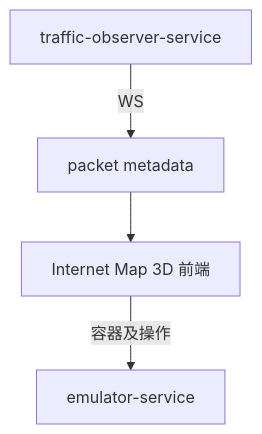
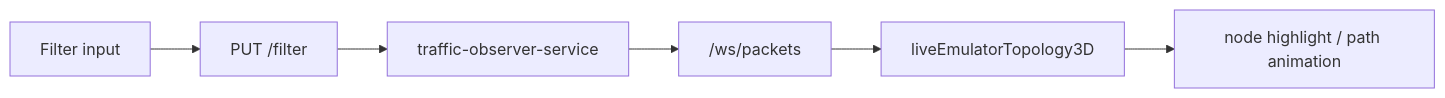
Before and after one commit to cy-gitlab/seed-visualization: the tenth of 10 diagrams in docs/internet-map-3D.md, drawn with Mermaid. The commit also changed other lines of this file and 102 other files, not shown here.

Commit message:
add: internet map 3D

````diff
--- a/docs/internet-map-3D.md
+++ b/docs/internet-map-3D.md
@@ -7,12 +546,16 @@
 ```mermaid
 %%{init: {"flowchart": {"useMaxWidth": true, "htmlLabels": true}} }%%
-flowchart TB
-  IM3D["Internet Map 3D 前端"]
-  Emulator["emulator-service"]
-  Traffic["traffic-observer-service"]
-  Packets["packet metadata"]
+flowchart LR
+  User["Filter input"]
+  FilterAPI["PUT /filter"]
+  Observer["traffic-observer-service"]
+  WS["/ws/packets"]
+  LivePage["liveEmulatorTopology3D"]
+  Animation["node highlight / path animation"]
 
-  IM3D -->|"容器及操作"| Emulator
-  Traffic -->|"WS"| Packets
-  Packets --> IM3D
+  User --> FilterAPI
+  FilterAPI --> Observer
+  Observer --> WS
+  WS --> LivePage
+  LivePage --> Animation
 ```
````
